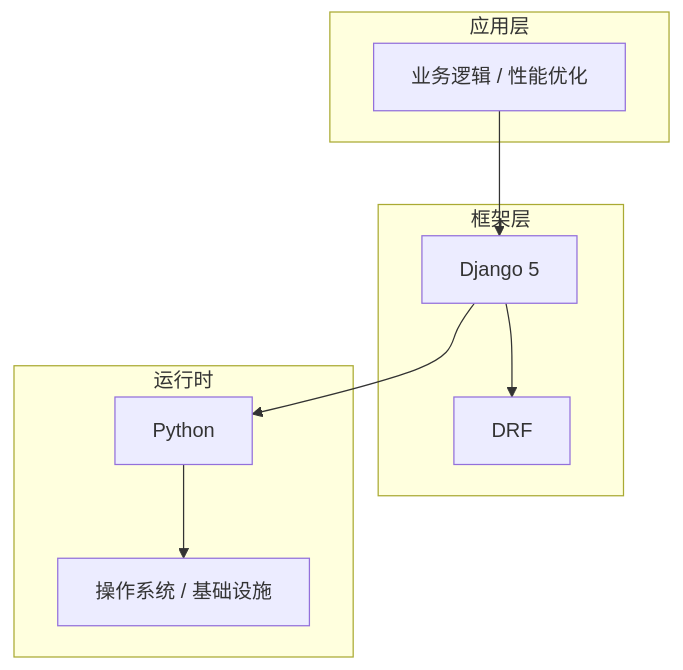
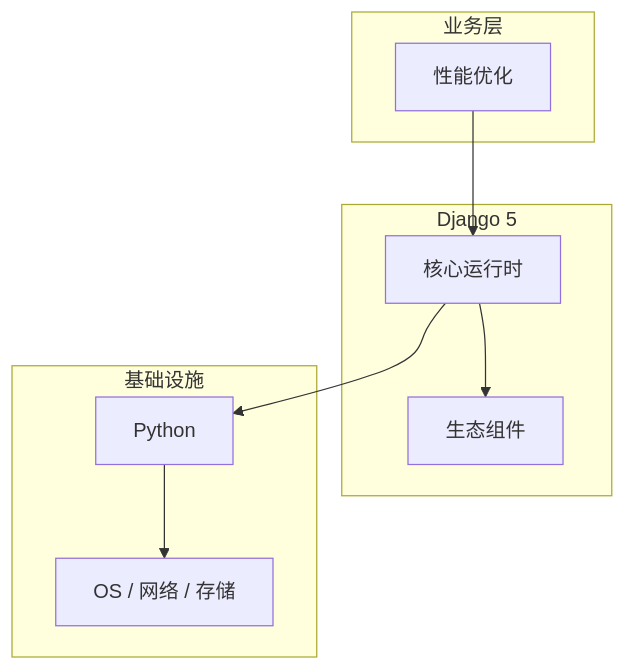
One commit to yanggan2015/knowledge-json-v2 changed the diagram in articles/Django/chapters/071-性能优化核心概念与原理.md. Above: the diagram before and after it, drawn with Mermaid. The commit also changed other lines of this file and 10127 other files, not shown here.

````diff
--- a/articles/Django/chapters/071-性能优化核心概念与原理.md
+++ b/articles/Django/chapters/071-性能优化核心概念与原理.md
@@ -45,18 +34,18 @@
 ```mermaid
 graph TB
-    subgraph 应用层
-        A[业务逻辑 / 性能优化]
+    subgraph 业务层
+        A[性能优化]
     end
-    subgraph 框架层
-        B[Django 5]
-        C[DRF]
+    subgraph Django 5
+        B[核心运行时]
+        C[生态组件]
     end
-    subgraph 运行时
+    subgraph 基础设施
         D[Python]
-        E[操作系统 / 基础设施]
+        E[OS / 网络 / 存储]
     end
     A --> B
     B --> C
     B --> D
     D --> E
 ```
````
